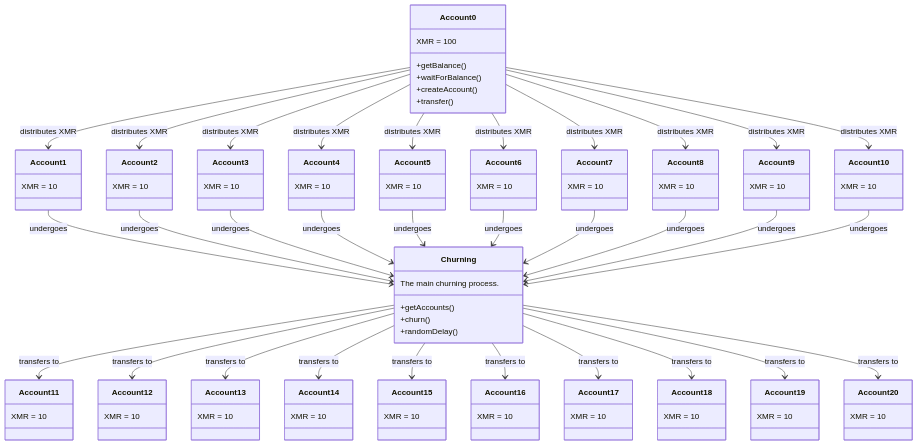
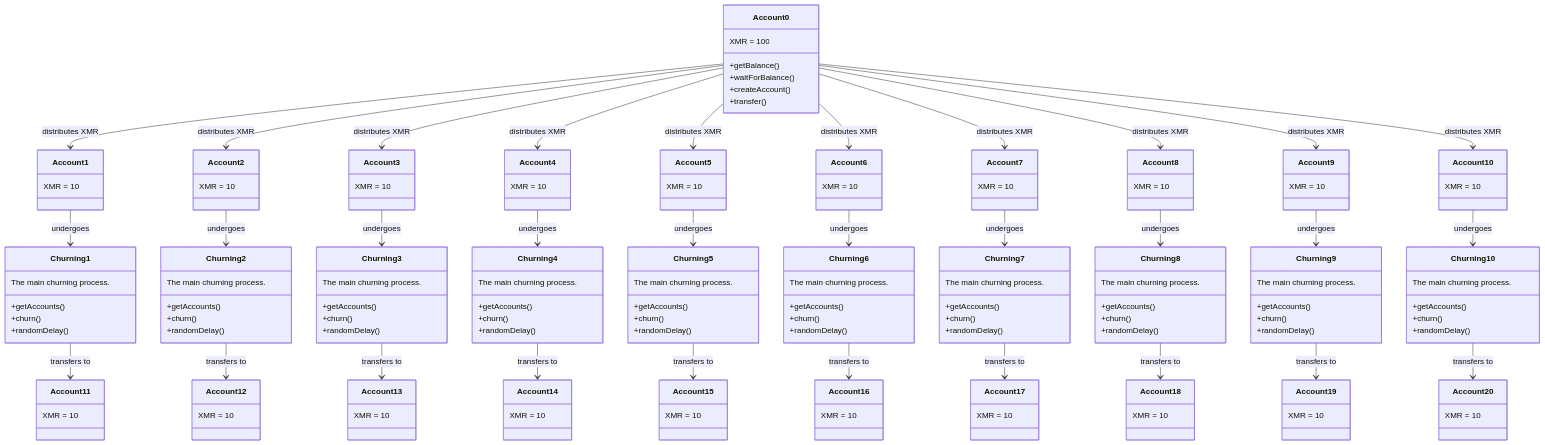
Before and after one commit to antichainalysis/xmr-churner: the diagram in example_flow_of_funds_process.md, drawn with Mermaid.

Commit message:
fix graph example_flow_of_funds_process.md

````diff
--- a/example_flow_of_funds_process.md
+++ b/example_flow_of_funds_process.md
@@ -65,6 +65,60 @@
 ```mermaid
 classDiagram
-    class Churning {
+    class Churning1 {
+        The main churning process.
+        +getAccounts()
+        +churn()
+        +randomDelay()
+    }
+    class Churning2 {
+        The main churning process.
+        +getAccounts()
+        +churn()
+        +randomDelay()
+    }
+    class Churning3 {
+        The main churning process.
+        +getAccounts()
+        +churn()
+        +randomDelay()
+    }
+    class Churning4 {
+        The main churning process.
+        +getAccounts()
+        +churn()
+        +randomDelay()
+    }
+    class Churning5 {
+        The main churning process.
+        +getAccounts()
+        +churn()
+        +randomDelay()
+    }
+    class Churning6 {
+        The main churning process.
+        +getAccounts()
+        +churn()
+        +randomDelay()
+    }
+    class Churning7 {
+        The main churning process.
+        +getAccounts()
+        +churn()
+        +randomDelay()
+    }
+    class Churning8 {
+        The main churning process.
+        +getAccounts()
+        +churn()
+        +randomDelay()
+    }
+    class Churning9 {
+        The main churning process.
+        +getAccounts()
+        +churn()
+        +randomDelay()
+    }
+    class Churning10 {
         The main churning process.
         +getAccounts()
         +churn()
@@ -170,25 +224,25 @@
     Account0 --> Account9 : distributes XMR
     Account0 --> Account10 : distributes XMR
 
-    Account1 --> Churning : undergoes
-    Account2 --> Churning : undergoes
-    Account3 --> Churning : undergoes
-    Account4 --> Churning : undergoes
-    Account5 --> Churning : undergoes
-    Account6 --> Churning : undergoes
-    Account7 --> Churning : undergoes
-    Account8 --> Churning : undergoes
-    Account9 --> Churning : undergoes
-    Account10 --> Churning : undergoes
+    Account1 --> Churning1 : undergoes
+    Account2 --> Churning2 : undergoes
+    Account3 --> Churning3 : undergoes
+    Account4 --> Churning4 : undergoes
+    Account5 --> Churning5 : undergoes
+    Account6 --> Churning6 : undergoes
+    Account7 --> Churning7 : undergoes
+    Account8 --> Churning8 : undergoes
+    Account9 --> Churning9 : undergoes
+    Account10 --> Churning10 : undergoes
 
-    Churning --> Account11 : transfers to
-    Churning --> Account12 : transfers to
-    Churning --> Account13 : transfers to
-    Churning --> Account14 : transfers to
-    Churning --> Account15 : transfers to
-    Churning --> Account16 : transfers to
-    Churning --> Account17 : transfers to
-    Churning --> Account18 : transfers to
-    Churning --> Account19 : transfers to
-    Churning --> Account20 : transfers to
+    Churning1 --> Account11 : transfers to
+    Churning2 --> Account12 : transfers to
+    Churning3 --> Account13 : transfers to
+    Churning4 --> Account14 : transfers to
+    Churning5 --> Account15 : transfers to
+    Churning6 --> Account16 : transfers to
+    Churning7 --> Account17 : transfers to
+    Churning8 --> Account18 : transfers to
+    Churning9 --> Account19 : transfers to
+    Churning 10 --> Account20 : transfers to
 ``` 
````
